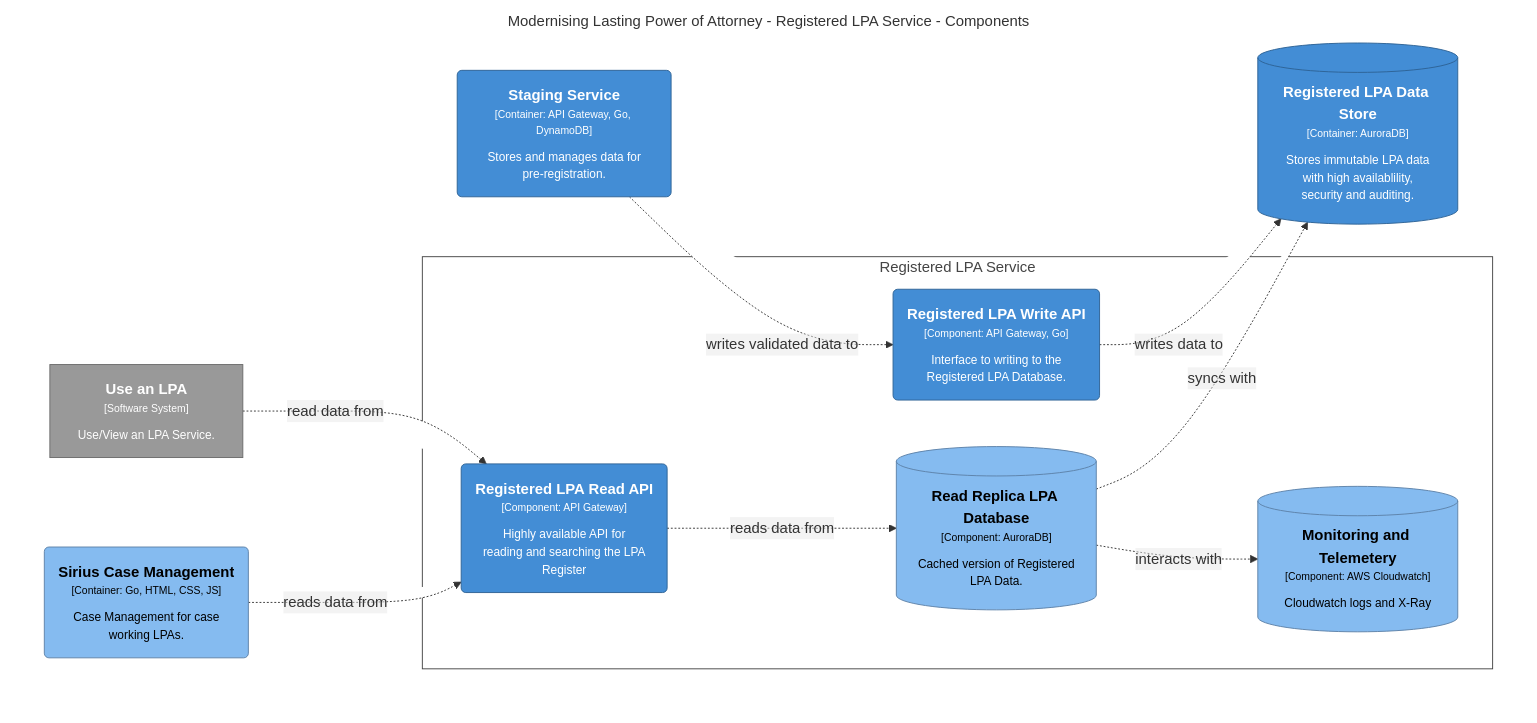
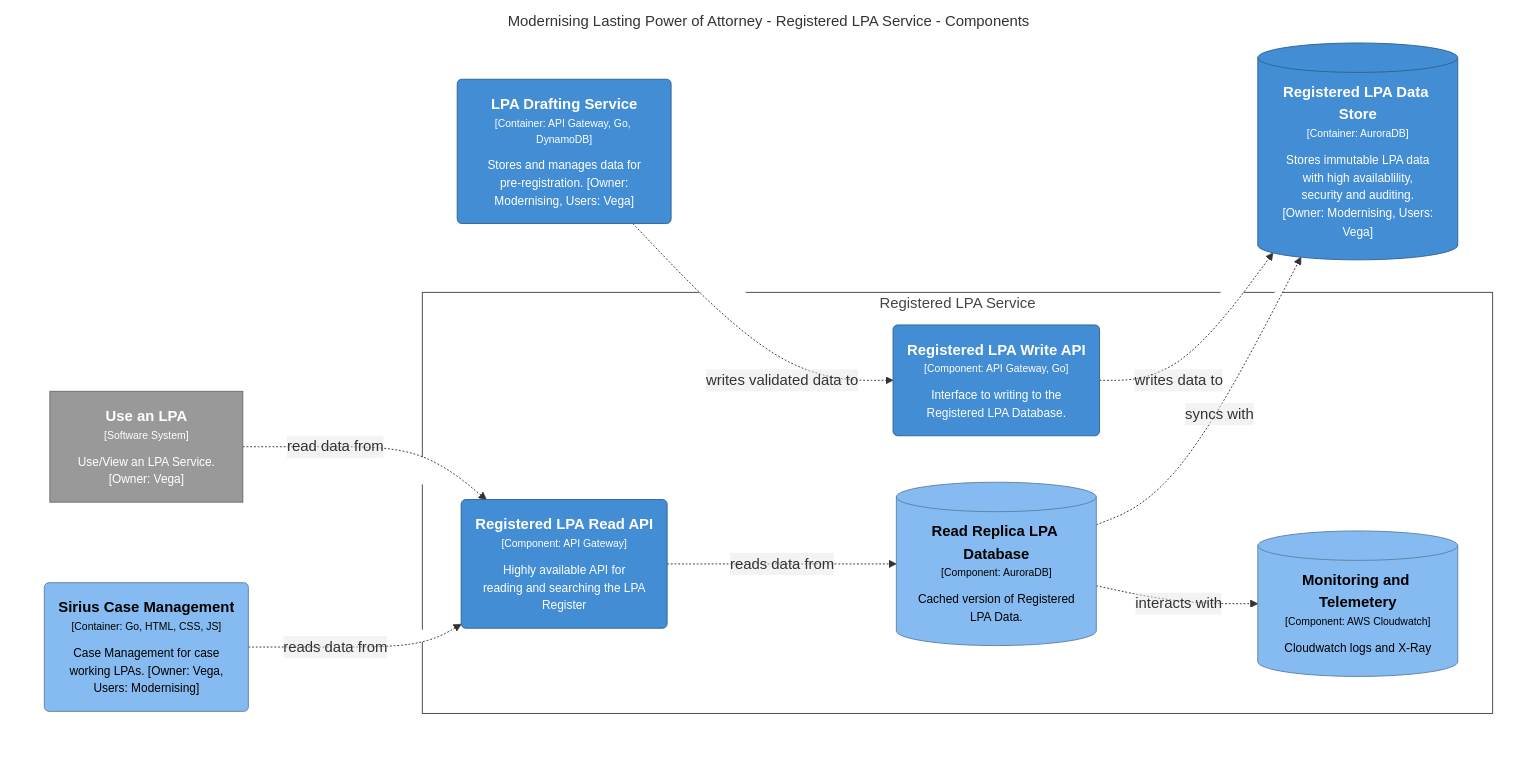
Before and after one commit to ministryofjustice/opg-modernising-lpa: the diagram in docs/architecture/dsl/mlpa/structurizr-1-mlpaOpgRegisterWriteAPIComponents.mmd, drawn with Mermaid. The commit also changed 7 other files, not shown here.

Commit message:
Add owners and users of each Container

```diff
--- a/docs/architecture/dsl/mlpa/structurizr-1-mlpaOpgRegisterWriteAPIComponents.mmd
+++ b/docs/architecture/dsl/mlpa/structurizr-1-mlpaOpgRegisterWriteAPIComponents.mmd
@@ -1,36 +1,36 @@
 graph TB
   linkStyle default fill:#ffffff
 
   subgraph diagram [Modernising Lasting Power of Attorney - Registered LPA Service - Components]
     style diagram fill:#ffffff,stroke:#ffffff
 
-    23("<div style='font-weight: bold'>Sirius Case Management</div><div style='font-size: 70%; margin-top: 0px'>[Container: Go, HTML, CSS, JS]</div><div style='font-size: 80%; margin-top:10px'>Case Management for case<br />working LPAs.</div>")
-    style 23 fill:#85bbf0,stroke:#5d82a8,color:#000000
-    13[("<div style='font-weight: bold'>Registered LPA Data Store</div><div style='font-size: 70%; margin-top: 0px'>[Container: AuroraDB]</div><div style='font-size: 80%; margin-top:10px'>Stores immutable LPA data<br />with high availablility,<br />security and auditing.</div>")]
-    style 13 fill:#438dd5,stroke:#2e6295,color:#ffffff
-    7("<div style='font-weight: bold'>Staging Service</div><div style='font-size: 70%; margin-top: 0px'>[Container: API Gateway, Go, DynamoDB]</div><div style='font-size: 80%; margin-top:10px'>Stores and manages data for<br />pre-registration.</div>")
-    style 7 fill:#438dd5,stroke:#2e6295,color:#ffffff
-    32["<div style='font-weight: bold'>Use an LPA</div><div style='font-size: 70%; margin-top: 0px'>[Software System]</div><div style='font-size: 80%; margin-top:10px'>Use/View an LPA Service.</div>"]
-    style 32 fill:#999999,stroke:#6b6b6b,color:#ffffff
+    36["<div style='font-weight: bold'>Use an LPA</div><div style='font-size: 70%; margin-top: 0px'>[Software System]</div><div style='font-size: 80%; margin-top:10px'>Use/View an LPA Service.<br />[Owner: Vega]</div>"]
+    style 36 fill:#999999,stroke:#6b6b6b,color:#ffffff
+    15[("<div style='font-weight: bold'>Registered LPA Data Store</div><div style='font-size: 70%; margin-top: 0px'>[Container: AuroraDB]</div><div style='font-size: 80%; margin-top:10px'>Stores immutable LPA data<br />with high availablility,<br />security and auditing.<br />[Owner: Modernising, Users:<br />Vega]</div>")]
+    style 15 fill:#438dd5,stroke:#2e6295,color:#ffffff
+    26("<div style='font-weight: bold'>Sirius Case Management</div><div style='font-size: 70%; margin-top: 0px'>[Container: Go, HTML, CSS, JS]</div><div style='font-size: 80%; margin-top:10px'>Case Management for case<br />working LPAs. [Owner: Vega,<br />Users: Modernising]</div>")
+    style 26 fill:#85bbf0,stroke:#5d82a8,color:#000000
+    8("<div style='font-weight: bold'>LPA Drafting Service</div><div style='font-size: 70%; margin-top: 0px'>[Container: API Gateway, Go, DynamoDB]</div><div style='font-size: 80%; margin-top:10px'>Stores and manages data for<br />pre-registration. [Owner:<br />Modernising, Users: Vega]</div>")
+    style 8 fill:#438dd5,stroke:#2e6295,color:#ffffff
 
-    subgraph 16 [Registered LPA Service]
-      style 16 fill:#ffffff,stroke:#444444,color:#444444
+    subgraph 18 [Registered LPA Service]
+      style 18 fill:#ffffff,stroke:#444444,color:#444444
 
-      17("<div style='font-weight: bold'>Registered LPA Read API</div><div style='font-size: 70%; margin-top: 0px'>[Component: API Gateway]</div><div style='font-size: 80%; margin-top:10px'>Highly available API for<br />reading and searching the LPA<br />Register</div>")
-      style 17 fill:#438dd5,stroke:#2e6295,color:#ffffff
-      18("<div style='font-weight: bold'>Registered LPA Write API</div><div style='font-size: 70%; margin-top: 0px'>[Component: API Gateway, Go]</div><div style='font-size: 80%; margin-top:10px'>Interface to writing to the<br />Registered LPA Database.</div>")
-      style 18 fill:#438dd5,stroke:#2e6295,color:#ffffff
-      19[("<div style='font-weight: bold'>Read Replica LPA Database</div><div style='font-size: 70%; margin-top: 0px'>[Component: AuroraDB]</div><div style='font-size: 80%; margin-top:10px'>Cached version of Registered<br />LPA Data.</div>")]
-      style 19 fill:#85bbf0,stroke:#5d82a8,color:#000000
-      20[("<div style='font-weight: bold'>Monitoring and Telemetery</div><div style='font-size: 70%; margin-top: 0px'>[Component: AWS Cloudwatch]</div><div style='font-size: 80%; margin-top:10px'>Cloudwatch logs and X-Ray</div>")]
-      style 20 fill:#85bbf0,stroke:#5d82a8,color:#000000
+      19("<div style='font-weight: bold'>Registered LPA Read API</div><div style='font-size: 70%; margin-top: 0px'>[Component: API Gateway]</div><div style='font-size: 80%; margin-top:10px'>Highly available API for<br />reading and searching the LPA<br />Register</div>")
+      style 19 fill:#438dd5,stroke:#2e6295,color:#ffffff
+      20("<div style='font-weight: bold'>Registered LPA Write API</div><div style='font-size: 70%; margin-top: 0px'>[Component: API Gateway, Go]</div><div style='font-size: 80%; margin-top:10px'>Interface to writing to the<br />Registered LPA Database.</div>")
+      style 20 fill:#438dd5,stroke:#2e6295,color:#ffffff
+      21[("<div style='font-weight: bold'>Read Replica LPA Database</div><div style='font-size: 70%; margin-top: 0px'>[Component: AuroraDB]</div><div style='font-size: 80%; margin-top:10px'>Cached version of Registered<br />LPA Data.</div>")]
+      style 21 fill:#85bbf0,stroke:#5d82a8,color:#000000
+      22[("<div style='font-weight: bold'>Monitoring and Telemetery</div><div style='font-size: 70%; margin-top: 0px'>[Component: AWS Cloudwatch]</div><div style='font-size: 80%; margin-top:10px'>Cloudwatch logs and X-Ray</div>")]
+      style 22 fill:#85bbf0,stroke:#5d82a8,color:#000000
     end
 
-    7-. "<div>writes validated data to</div><div style='font-size: 70%'></div>" .->18
-    32-. "<div>read data from</div><div style='font-size: 70%'></div>" .->17
-    18-. "<div>writes data to</div><div style='font-size: 70%'></div>" .->13
-    17-. "<div>reads data from</div><div style='font-size: 70%'></div>" .->19
-    19-. "<div>interacts with</div><div style='font-size: 70%'></div>" .->20
-    19-. "<div>syncs with</div><div style='font-size: 70%'></div>" .->13
-    23-. "<div>reads data from</div><div style='font-size: 70%'></div>" .->17
+    8-. "<div>writes validated data to</div><div style='font-size: 70%'></div>" .->20
+    36-. "<div>read data from</div><div style='font-size: 70%'></div>" .->19
+    20-. "<div>writes data to</div><div style='font-size: 70%'></div>" .->15
+    19-. "<div>reads data from</div><div style='font-size: 70%'></div>" .->21
+    21-. "<div>interacts with</div><div style='font-size: 70%'></div>" .->22
+    21-. "<div>syncs with</div><div style='font-size: 70%'></div>" .->15
+    26-. "<div>reads data from</div><div style='font-size: 70%'></div>" .->19
   end
```
